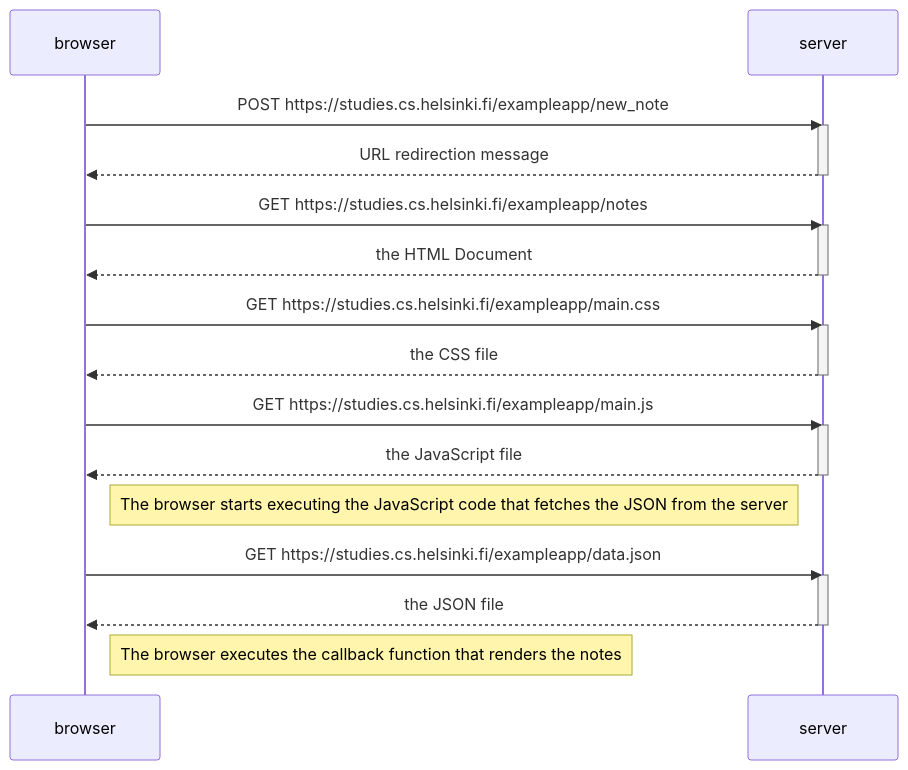
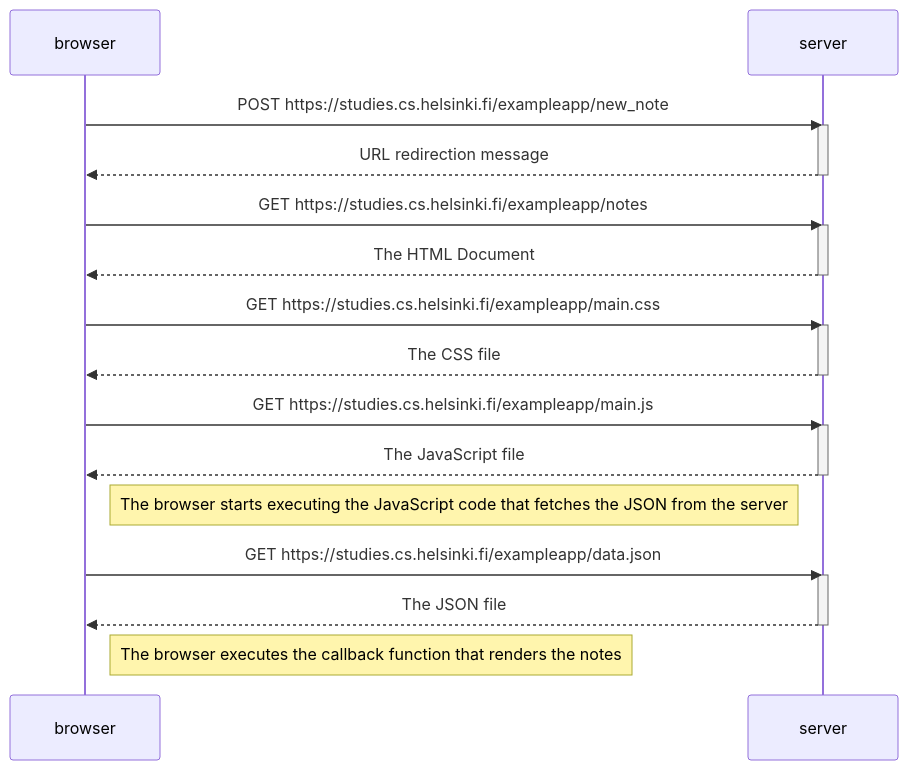
The diagram in part0/ex_0.4.md (hashimahammad/Full-Stack-Open), drawn with Mermaid before and after one commit. The commit also changed 11 other files, not shown here.

````diff
--- a/part0/ex_0.4.md
+++ b/part0/ex_0.4.md
@@ -1,35 +1,35 @@
 ```mermaid
 sequenceDiagram
 participant browser
 participant server
 
     browser->>server: POST https://studies.cs.helsinki.fi/exampleapp/new_note
     activate server
     server-->>browser: URL redirection message
     deactivate server
 
     browser->>server: GET https://studies.cs.helsinki.fi/exampleapp/notes
     activate server
-    server-->>browser: the HTML Document
+    server-->>browser: The HTML Document
     deactivate server
 
     browser->>server: GET https://studies.cs.helsinki.fi/exampleapp/main.css
     activate server
-    server-->>browser: the CSS file
+    server-->>browser: The CSS file
     deactivate server
 
     browser->>server: GET https://studies.cs.helsinki.fi/exampleapp/main.js
     activate server
-    server-->>browser: the JavaScript file
+    server-->>browser: The JavaScript file
     deactivate server
 
     Note right of browser: The browser starts executing the JavaScript code that fetches the JSON from the server
 
     browser->>server: GET https://studies.cs.helsinki.fi/exampleapp/data.json
     activate server
-    server-->>browser: the JSON file
+    server-->>browser: The JSON file
     deactivate server
 
     Note right of browser: The browser executes the callback function that renders the notes
 
 ```
````
